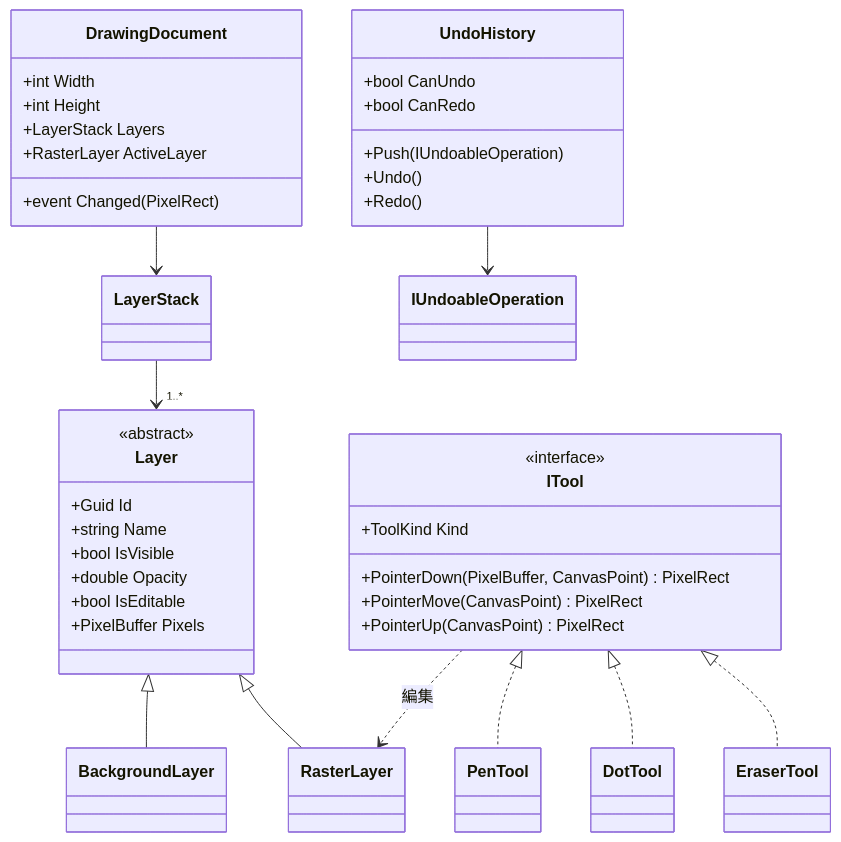
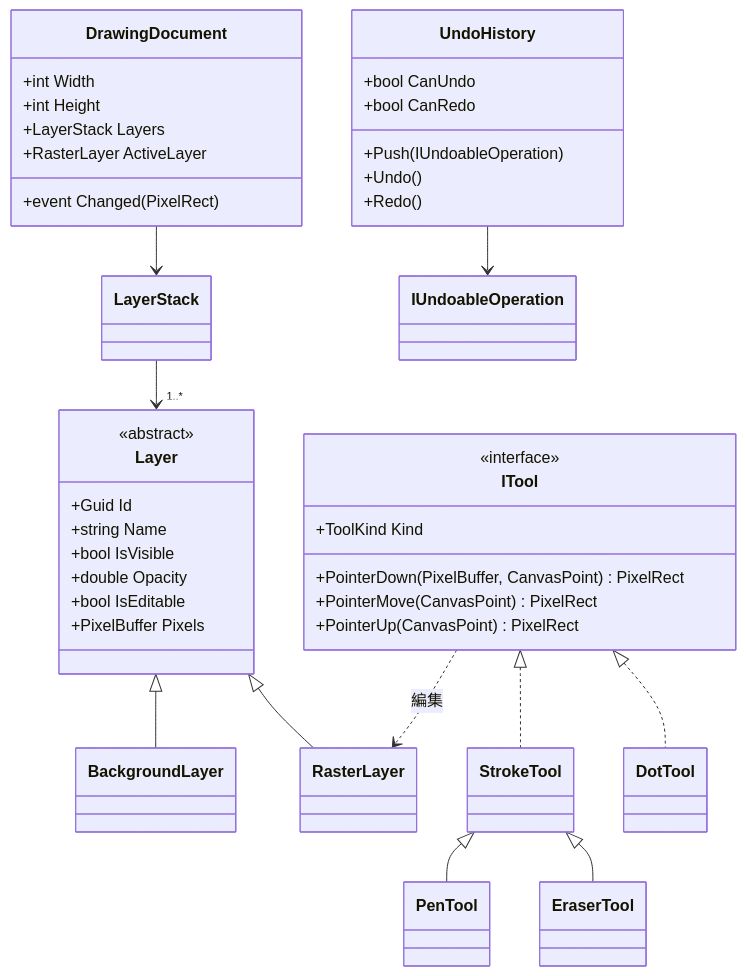
Before and after one commit to JetContrail/2026_devin_test_with_windows_GUI: the second of 4 diagrams in docs/Architecture.md, drawn with Mermaid. The commit also changed other lines of this file and 8 other files, not shown here.

Commit message:
feat(core): add EraserTool sharing StrokeTool with PenTool (Closes #10)

````diff
--- a/docs/Architecture.md
+++ b/docs/Architecture.md
@@ -71,44 +71,45 @@
 ```mermaid
 classDiagram
     class DrawingDocument {
       +int Width
       +int Height
       +LayerStack Layers
       +RasterLayer ActiveLayer
       +event Changed(PixelRect)
     }
     class Layer {
       <<abstract>>
       +Guid Id
       +string Name
       +bool IsVisible
       +double Opacity
       +bool IsEditable
       +PixelBuffer Pixels
     }
     class BackgroundLayer
     class RasterLayer
     class ITool {
       <<interface>>
       +ToolKind Kind
       +PointerDown(PixelBuffer, CanvasPoint) PixelRect
       +PointerMove(CanvasPoint) PixelRect
       +PointerUp(CanvasPoint) PixelRect
     }
     class UndoHistory {
       +Push(IUndoableOperation)
       +Undo()
       +Redo()
       +bool CanUndo
       +bool CanRedo
     }
     DrawingDocument --> LayerStack
     LayerStack --> "1..*" Layer
     Layer <|-- BackgroundLayer
     Layer <|-- RasterLayer
-    ITool <|.. PenTool
+    ITool <|.. StrokeTool
+    StrokeTool <|-- PenTool
+    StrokeTool <|-- EraserTool
     ITool <|.. DotTool
-    ITool <|.. EraserTool
     ITool ..> RasterLayer : 編集
     UndoHistory --> IUndoableOperation
 ```
````
